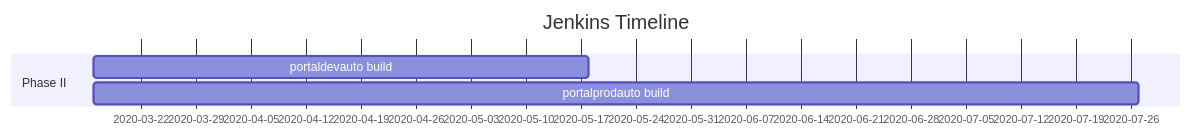
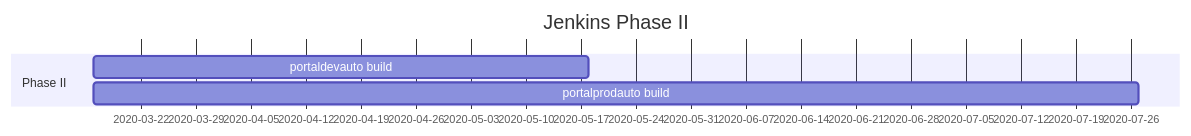
Before and after one commit to MoTTTT/whatWeThink: the fourth of 5 diagrams in README.md, drawn with Mermaid. The commit also changed other lines of this file, not shown here.

````diff
--- a/README.md
+++ b/README.md
@@ -43,8 +43,8 @@
 ```mermaid
 gantt
-    title Jenkins Timeline
+    title Jenkins Phase II
     dateFormat  YYYY-MM-DD
     section Phase II
         portaldevauto build: p1, 2020-03-16, 2020-05-18
         portalprodauto build: p2, 2020-03-16, 2020-07-27
 ```
````
